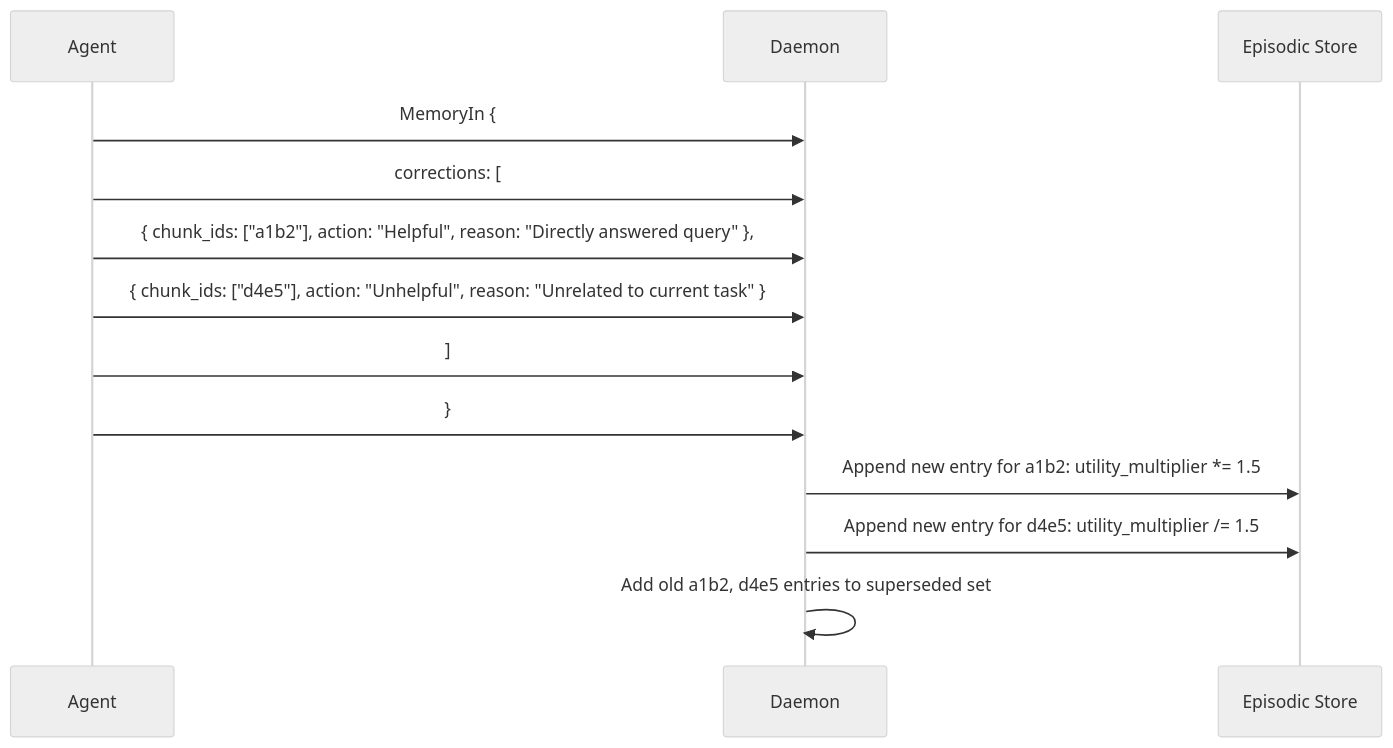
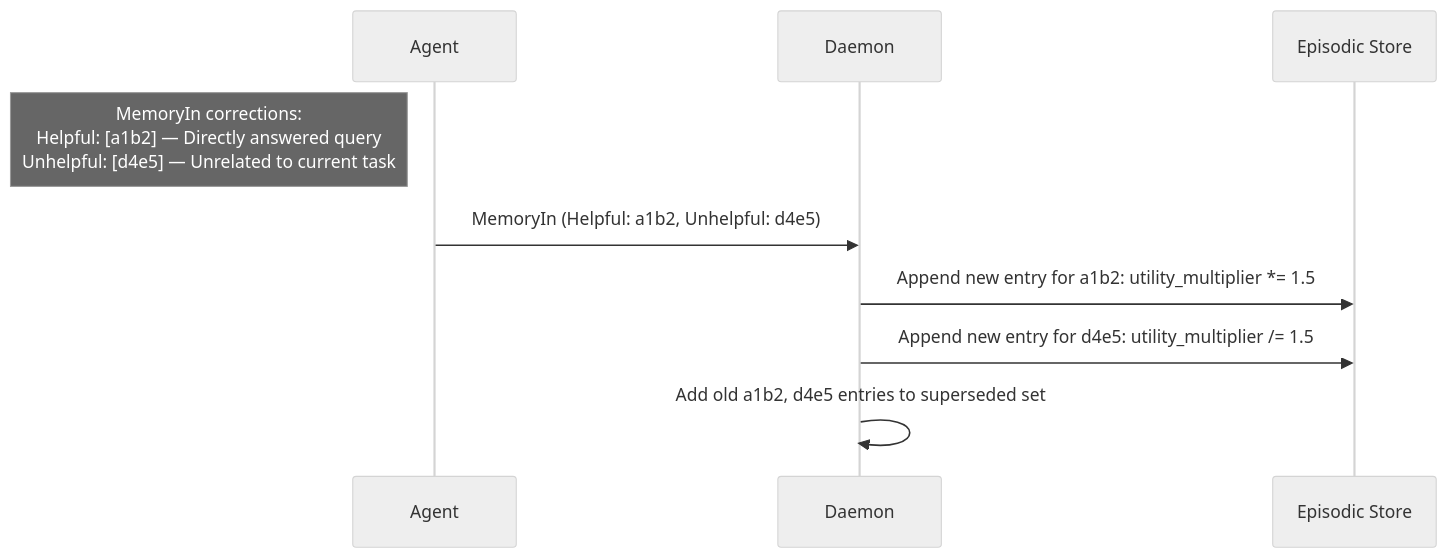
One commit to StephenSmithwick/StephenSmithwick.github.io changed the third of 7 diagrams in _posts/2026-03-10-context-manager.md. Above: the diagram before and after it, drawn with Mermaid (neutral theme). The commit also changed other lines of this file and 2 other files, not shown here.

````diff
--- a/_posts/2026-03-10-context-manager.md
+++ b/_posts/2026-03-10-context-manager.md
@@ -449,16 +538,12 @@
 ```mermaid
 sequenceDiagram
     participant A as Agent
     participant D as Daemon
     participant ES as Episodic Store
 
-    A->>D: MemoryIn {
-    A->>D:   corrections: [
-    A->>D:     { chunk_ids: ["a1b2"], action: "Helpful",   reason: "Directly answered query" },
-    A->>D:     { chunk_ids: ["d4e5"], action: "Unhelpful", reason: "Unrelated to current task" }
-    A->>D:   ]
-    A->>D: }
+    Note left of A: MemoryIn corrections:<br/>Helpful: [a1b2] — Directly answered query<br/>Unhelpful: [d4e5] — Unrelated to current task
+    A->>D: MemoryIn (Helpful: a1b2, Unhelpful: d4e5)
     D->>ES: Append new entry for a1b2: utility_multiplier *= 1.5
     D->>ES: Append new entry for d4e5: utility_multiplier /= 1.5
     D->>D: Add old a1b2, d4e5 entries to superseded set
 ```
````
